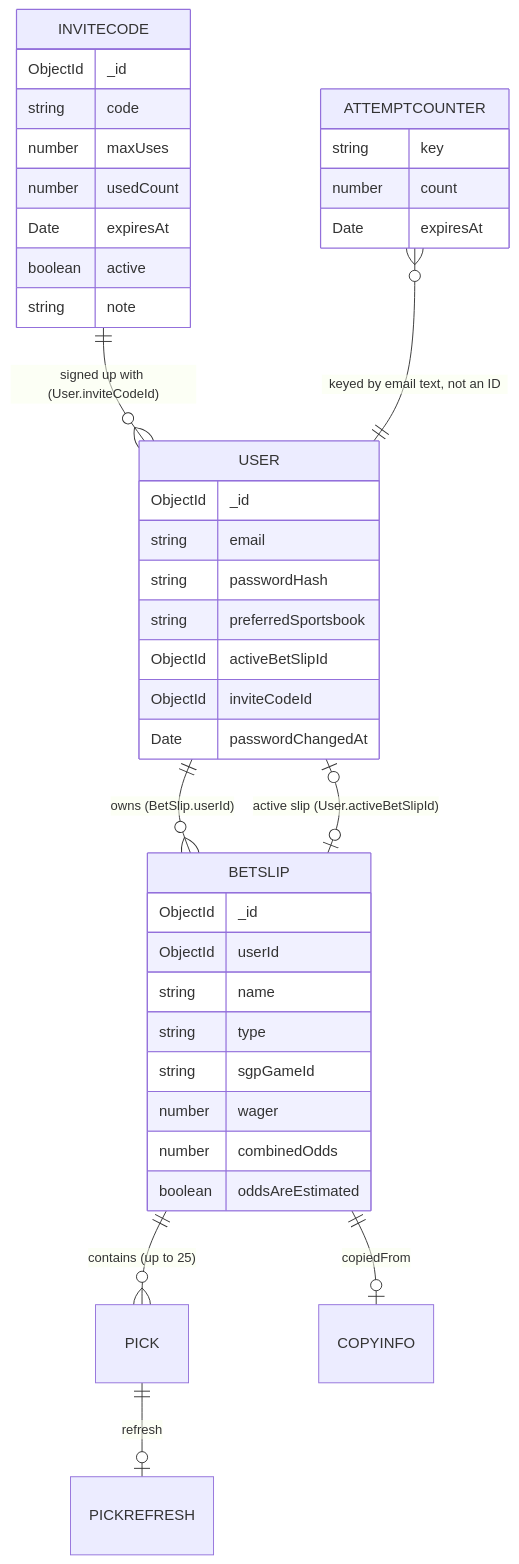
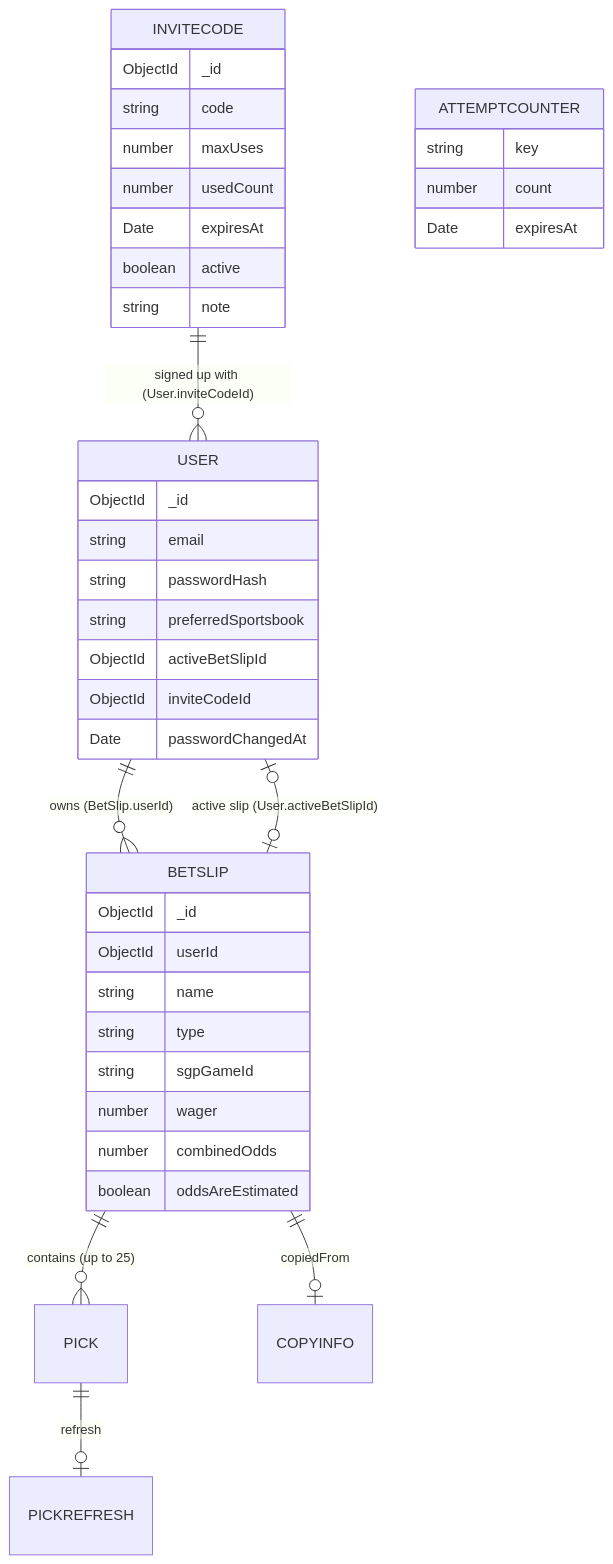
One commit to KingVictor501/backroom-vegas changed the diagram in docs/data-model.md. Above: the diagram before and after it, drawn with Mermaid. The commit also changed other lines of this file, not shown here.

````diff
--- a/docs/data-model.md
+++ b/docs/data-model.md
@@ -7,44 +7,43 @@
 ```mermaid
 erDiagram
   USER ||--o{ BETSLIP : "owns (BetSlip.userId)"
   USER |o--o| BETSLIP : "active slip (User.activeBetSlipId)"
   INVITECODE ||--o{ USER : "signed up with (User.inviteCodeId)"
   BETSLIP ||--o{ PICK : "contains (up to 25)"
   BETSLIP ||--o| COPYINFO : "copiedFrom"
   PICK ||--o| PICKREFRESH : "refresh"
-  ATTEMPTCOUNTER }o--|| USER : "keyed by email text, not an ID"
 
   USER {
     ObjectId _id
     string email
     string passwordHash
     string preferredSportsbook
     ObjectId activeBetSlipId
     ObjectId inviteCodeId
     Date passwordChangedAt
   }
   BETSLIP {
     ObjectId _id
     ObjectId userId
     string name
     string type
     string sgpGameId
     number wager
     number combinedOdds
     boolean oddsAreEstimated
   }
   INVITECODE {
     ObjectId _id
     string code
     number maxUses
     number usedCount
     Date expiresAt
     boolean active
     string note
   }
   ATTEMPTCOUNTER {
     string key
     number count
     Date expiresAt
   }
 ```
````
